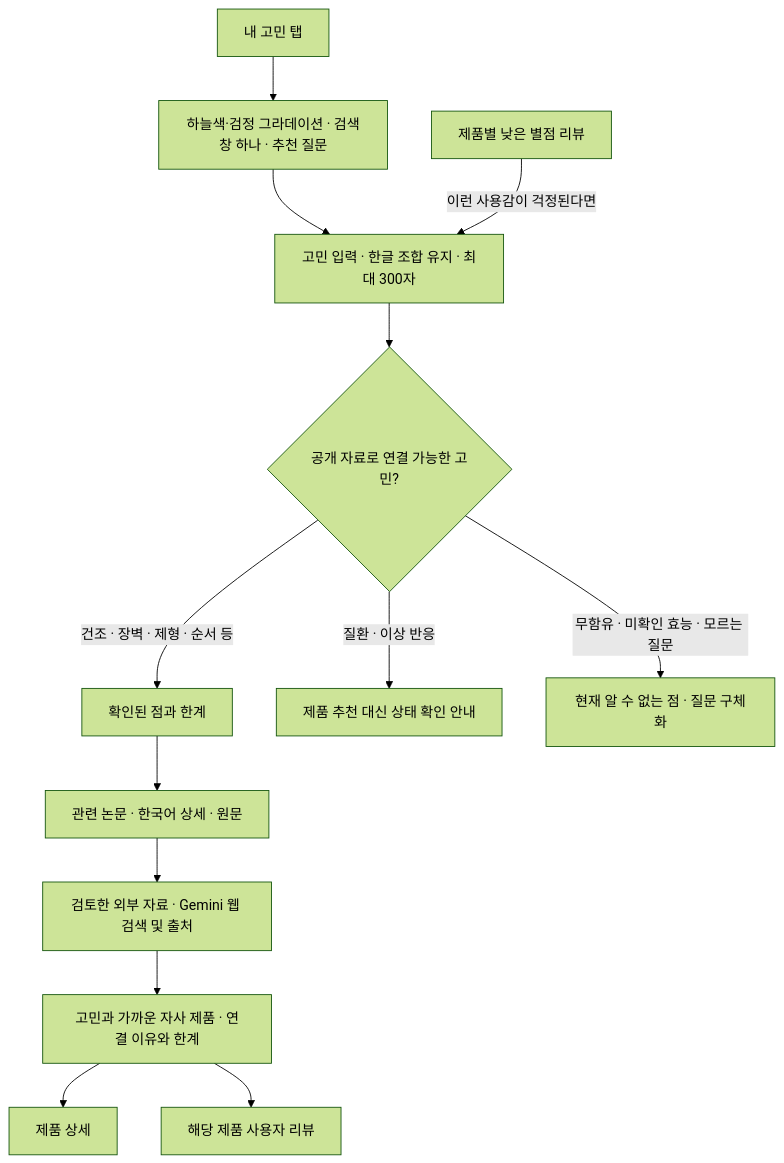
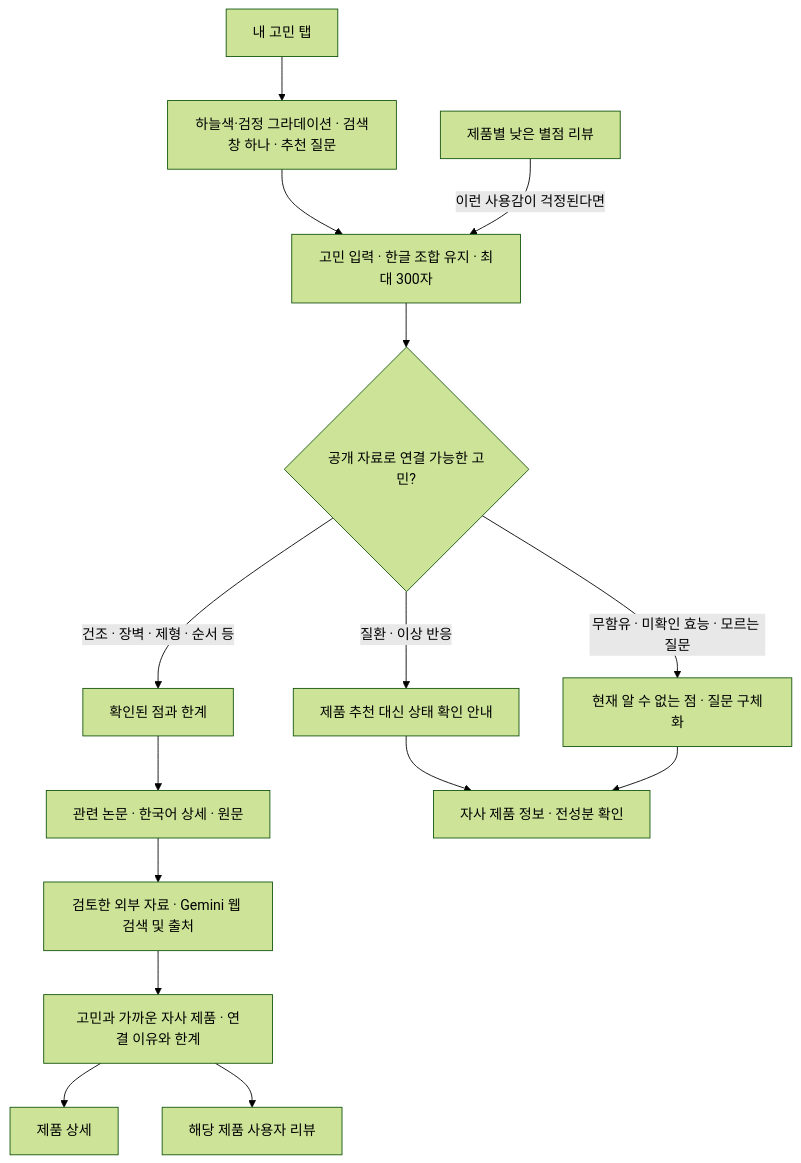
The diagram in docs/concern-search.md (ziziisnzizi/Transparency.), drawn with Mermaid (forest theme) before and after one commit. The commit also changed other lines of this file and 5 other files, not shown here.

````diff
--- a/docs/concern-search.md
+++ b/docs/concern-search.md
@@ -9,15 +9,17 @@
 ```mermaid
 flowchart TD
   Nav["내 고민 탭"] --> Empty["하늘색·검정 그라데이션 · 검색창 하나 · 추천 질문"]
   Empty --> Query["고민 입력 · 한글 조합 유지 · 최대 300자"]
   Review["제품별 낮은 별점 리뷰"] -->|"이런 사용감이 걱정된다면"| Query
   Query --> Interpret{"공개 자료로 연결 가능한 고민?"}
   Interpret -->|"건조 · 장벽 · 제형 · 순서 등"| Findings["확인된 점과 한계"]
   Findings --> Papers["관련 논문 · 한국어 상세 · 원문"]
   Papers --> Outside["검토한 외부 자료 · Gemini 웹 검색 및 출처"]
   Outside --> Choice["고민과 가까운 자사 제품 · 연결 이유와 한계"]
   Choice --> Detail["제품 상세"]
   Choice --> ProductReview["해당 제품 사용자 리뷰"]
   Interpret -->|"질환 · 이상 반응"| Care["제품 추천 대신 상태 확인 안내"]
   Interpret -->|"무함유 · 미확인 효능 · 모르는 질문"| Limits["현재 알 수 없는 점 · 질문 구체화"]
+  Care --> Catalog["자사 제품 정보 · 전성분 확인"]
+  Limits --> Catalog
 ```
````
